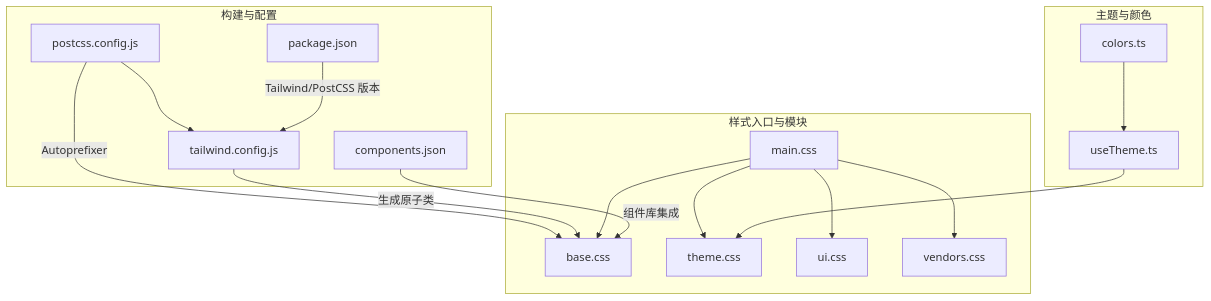
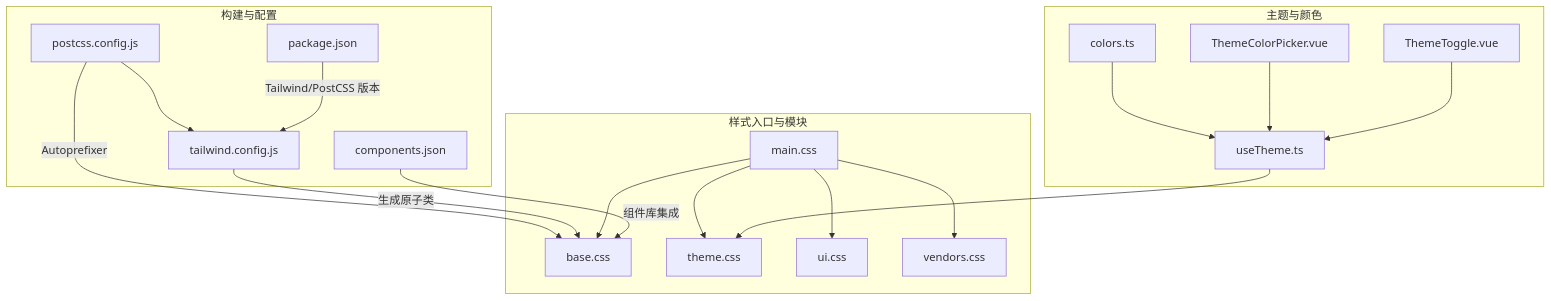
The first of 9 diagrams in .qoder/repowiki/zh/content/前端架构/UI组件库/样式系统.md (xixixiaoyu/Todo), drawn with Mermaid before and after one commit. The commit also changed other lines of this file and 5 other files, not shown here.

````diff
--- a/.qoder/repowiki/zh/content/前端架构/UI组件库/样式系统.md
+++ b/.qoder/repowiki/zh/content/前端架构/UI组件库/样式系统.md
@@ -41,31 +49,35 @@
 ```mermaid
 graph TB
 subgraph "构建与配置"
 P["postcss.config.js"]
 T["tailwind.config.js"]
 C["components.json"]
 PKG["package.json"]
 end
 subgraph "样式入口与模块"
 M["main.css"]
 B["base.css"]
 TH["theme.css"]
 U["ui.css"]
 V["vendors.css"]
 end
 subgraph "主题与颜色"
 UT["useTheme.ts"]
 CL["colors.ts"]
+TCP["ThemeColorPicker.vue"]
+TT["ThemeToggle.vue"]
 end
 P --> T
 P --> |"Autoprefixer"| B
 T --> |"生成原子类"| B
 M --> B
 M --> TH
 M --> U
 M --> V
 UT --> TH
 CL --> UT
+TCP --> UT
+TT --> UT
 C --> |"组件库集成"| B
 PKG --> |"Tailwind/PostCSS 版本"| T
 ```
````
